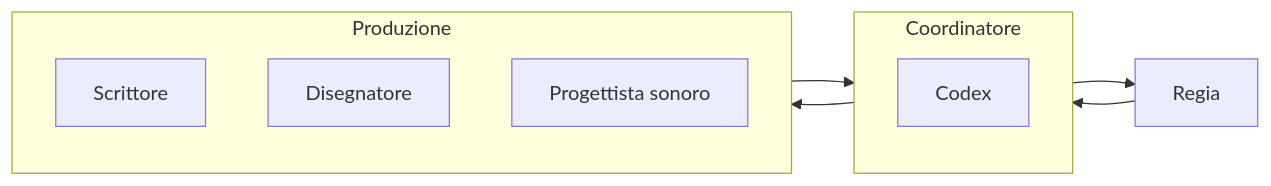
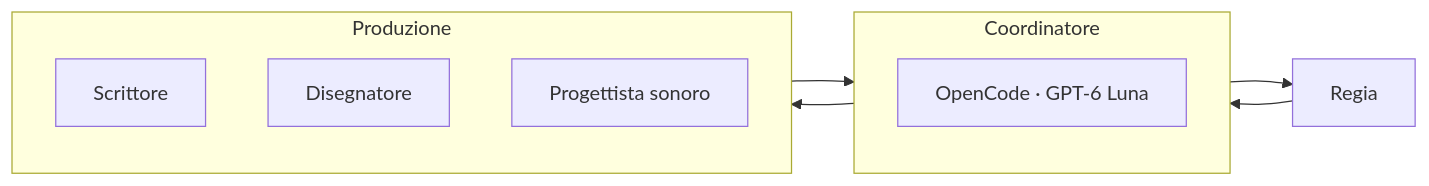
Before and after one commit to DRincs-Productions/LM-Studio: the third of 12 diagrams in README.md, drawn with Mermaid. The commit also changed other lines of this file and 31 other files, not shown here.

Commit message:
Integrate OpenCode across Shadow workflows

````diff
--- a/README.md
+++ b/README.md
@@ -72,16 +72,16 @@
 ```mermaid
 flowchart LR
     R[Regia]
     subgraph COORD[Coordinatore]
-        C[Codex]
+        C[OpenCode · GPT-6 Luna]
     end
     subgraph PRODUZIONE[Produzione]
         W[Scrittore]
         D[Disegnatore]
         S[Progettista sonoro]
     end
     R --> COORD
     COORD --> PRODUZIONE
     PRODUZIONE --> COORD
     COORD --> R
 ```
````
